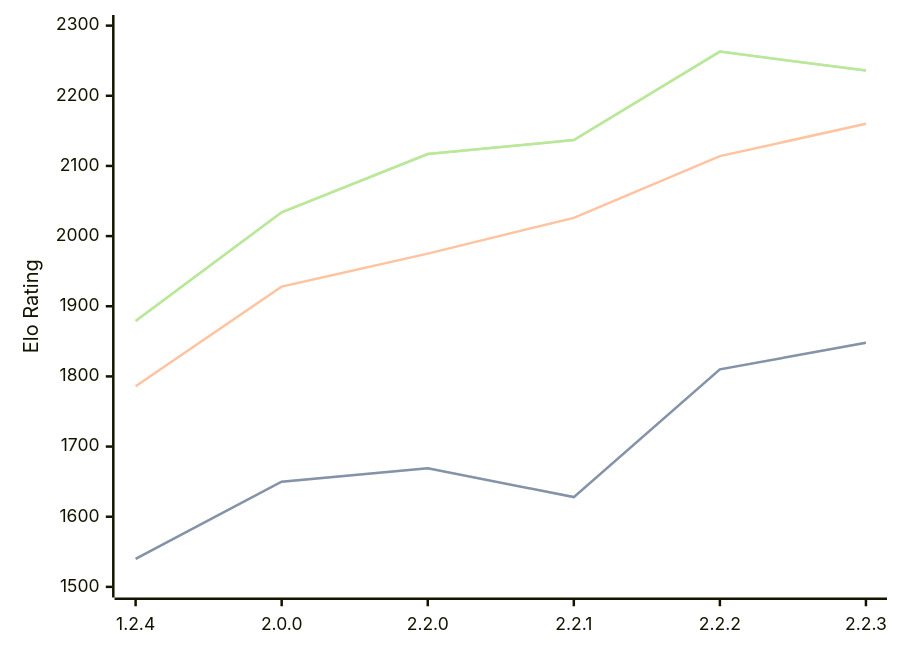
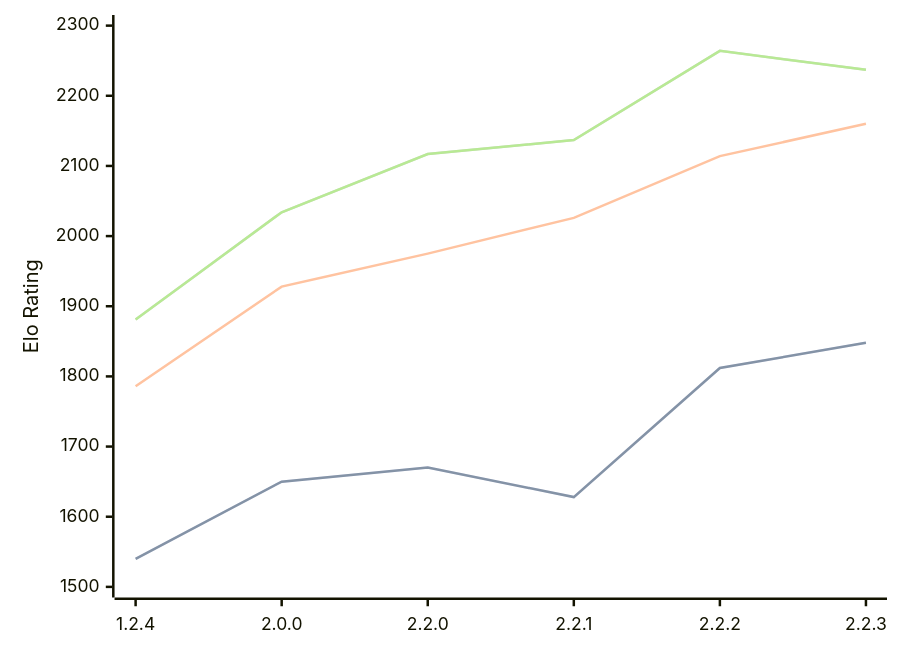
Before and after one commit to computer-chess-index/cci: the diagram in engines/Kreveta.md, drawn with Mermaid. The commit also changed other lines of this file, not shown here.

Commit message:
Update CCI Ratings (ELO VLTC) - 2026-02-18

````diff
--- a/engines/Kreveta.md
+++ b/engines/Kreveta.md
@@ -36,11 +36,11 @@
 ```mermaid
 %%{init: {"theme":"base","themeVariables":{"seriesColors:['#a3a3a3','#222221','#faa371']}}}%%
 xychart-beta
   x-axis ["1.2.4", "2.0.0", "2.2.0", "2.2.1", "2.2.2", "2.2.3"]
   y-axis "Elo Rating" 1500 --> 2300
-  line "STC (8.0+0.08s)" [1540, 1650, 1669, 1628, 1810, 1848]
-  line "STC (8.0+0.08s)" [1540, 1650, 1669, 1628, 1810, 1848]
+  line "STC (8.0+0.08s)" [1540, 1650, 1670, 1628, 1812, 1848]
+  line "STC (8.0+0.08s)" [1540, 1650, 1670, 1628, 1812, 1848]
   line "LTC (60.0+0.60s)" [1786, 1928, 1975, 2026, 2114, 2160]
-  line "VLTC (2m24s+1.12s)" [1879, 2034, 2117, 2137, 2263, 2236]
-  line "VLTC (2m24s+1.12s)" [1879, 2034, 2117, 2137, 2263, 2236]
+  line "VLTC (2m24s+1.12s)" [1881, 2034, 2117, 2137, 2264, 2237]
+  line "VLTC (2m24s+1.12s)" [1881, 2034, 2117, 2137, 2264, 2237]
 ```
````
